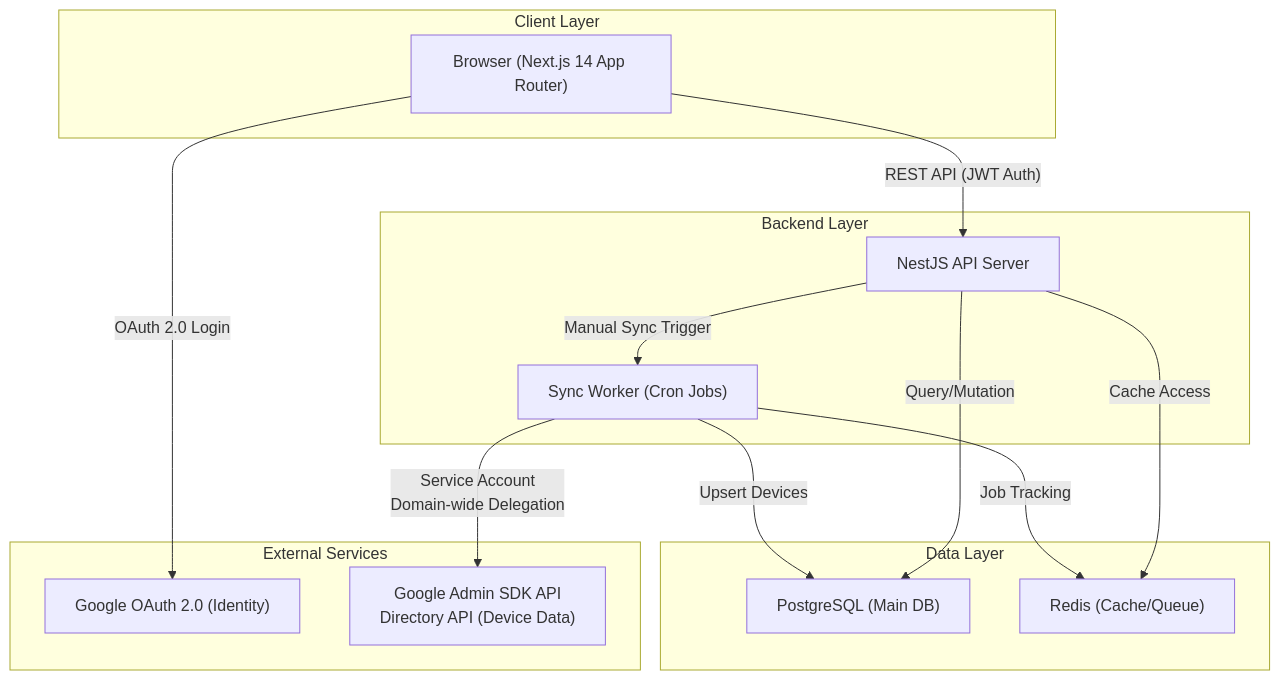
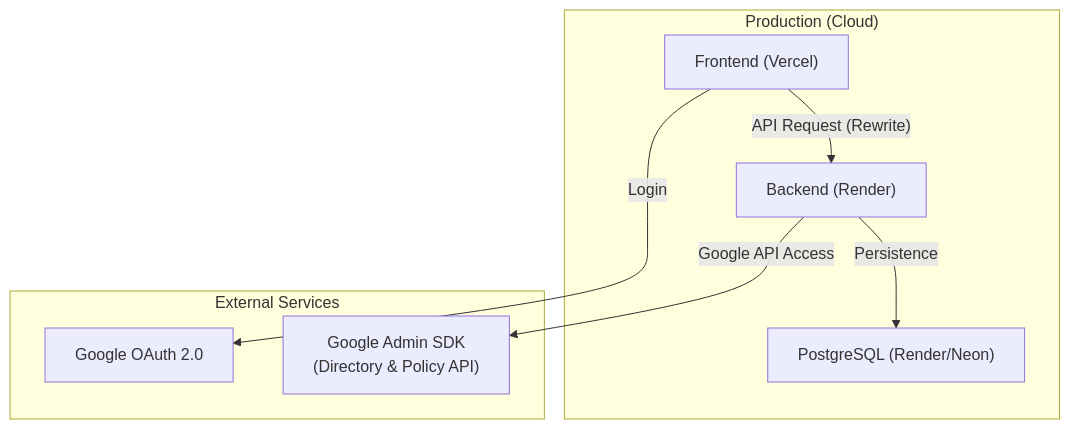
One commit to jimanjang/it-asset-management changed the diagram in README.md. Above: the diagram before and after it, drawn with Mermaid. The commit also changed other lines of this file, not shown here.

Commit message:
docs: update README with live architecture and deployment details

````diff
--- a/README.md
+++ b/README.md
@@ -9,30 +12,18 @@
 ```mermaid
 graph TB
-    subgraph "Client Layer"
-        A["Browser (Next.js 14 App Router)"]
-    end
-
-    subgraph "Backend Layer"
-        B["NestJS API Server"]
-        C["Sync Worker (Cron Jobs)"]
+    subgraph "Production (Cloud)"
+        A["Frontend (Vercel)"]
+        B["Backend (Render)"]
+        C["PostgreSQL (Render/Neon)"]
     end
 
     subgraph "External Services"
-        D["Google OAuth 2.0 (Identity)"]
-        E["Google Admin SDK API<br/>Directory API (Device Data)"]
+        D["Google OAuth 2.0"]
+        E["Google Admin SDK<br/>(Directory & Policy API)"]
     end
 
-    subgraph "Data Layer"
-        F["PostgreSQL (Main DB)"]
-        G["Redis (Cache/Queue)"]
-    end
-
-    A -->|"OAuth 2.0 Login"| D
-    A -->|"REST API (JWT Auth)"| B
-    B -->|"Query/Mutation"| F
-    B -->|"Cache Access"| G
-    C -->|"Service Account<br/>Domain-wide Delegation"| E
-    C -->|"Upsert Devices"| F
-    C -->|"Job Tracking"| G
-    B -->|"Manual Sync Trigger"| C
+    A -->|"API Request (Rewrite)"| B
+    B -->|"Persistence"| C
+    B -->|"Google API Access"| E
+    A -->|"Login"| D
 ```
````
